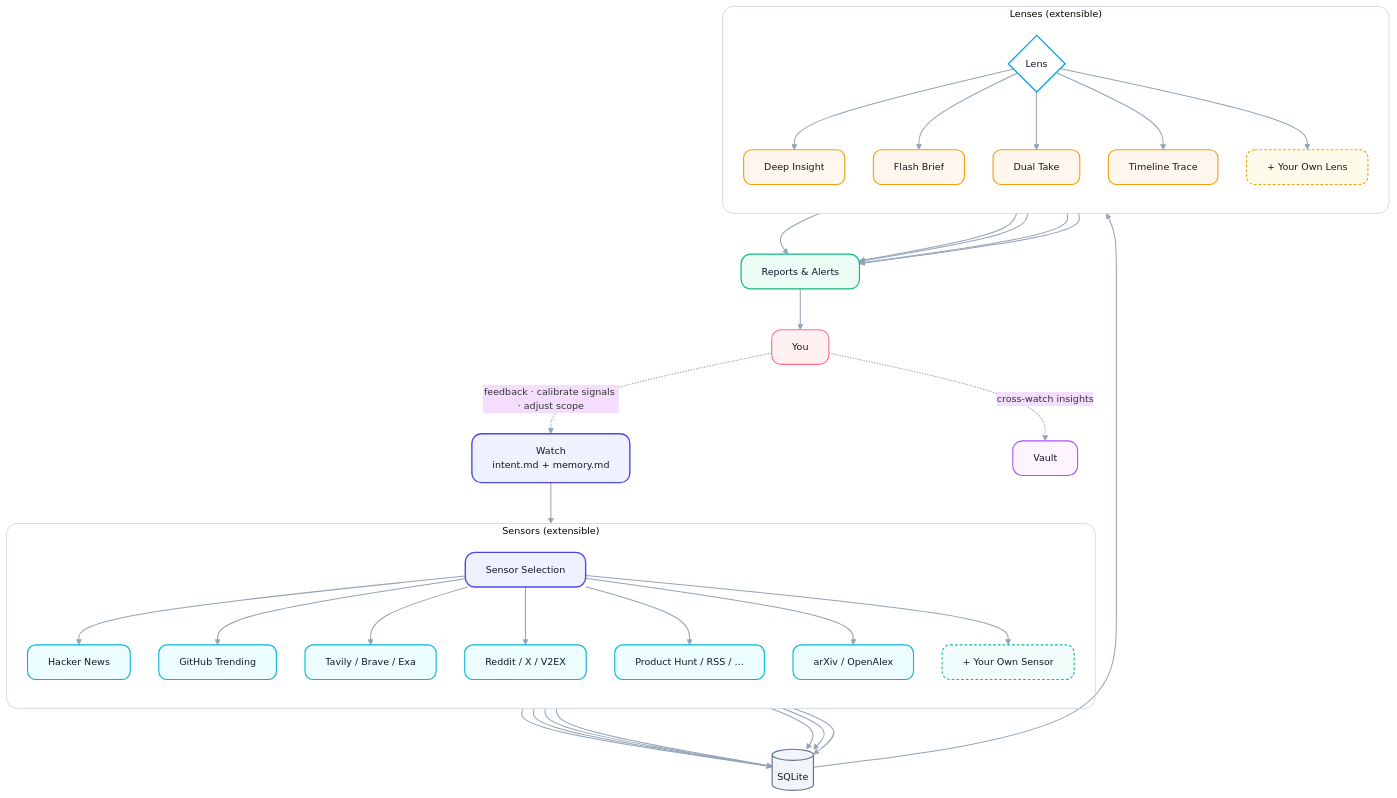
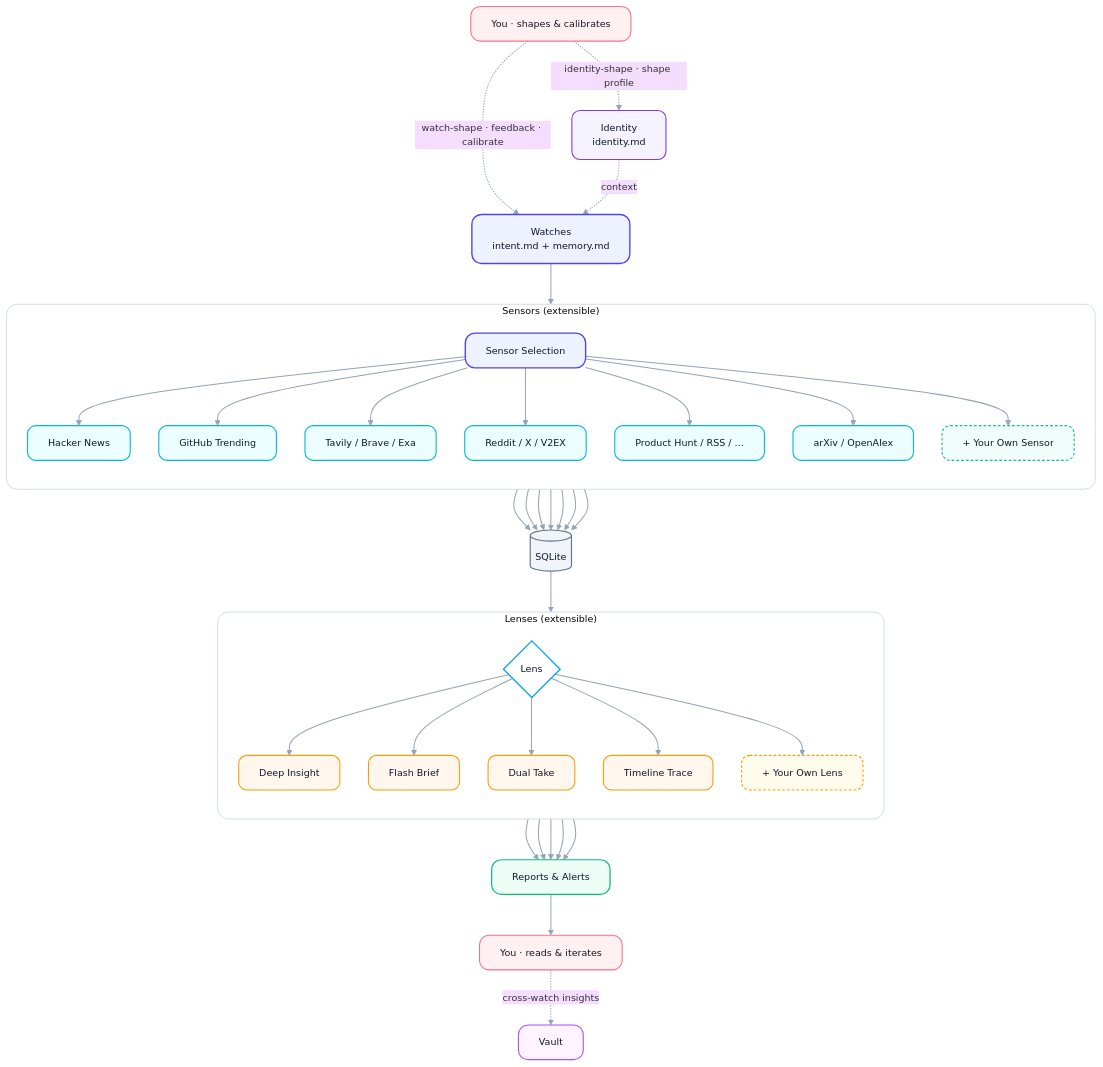
One commit to zhiyuzi/Signex changed the diagram in README.md. Above: the diagram before and after it, drawn with Mermaid. The commit also changed other lines of this file and 9 other files, not shown here.

First line of the commit message:
feat(v6): add identity-shape & watch-shape skills (认知切面塑造能力)

````diff
--- a/README.md
+++ b/README.md
@@ -52,62 +52,67 @@
 ```mermaid
 %%{init: {
   "theme": "base",
   "flowchart": { "curve": "basis", "nodeSpacing": 42, "rankSpacing": 60 },
   "themeVariables": {
     "background": "transparent",
     "mainBkg": "transparent",
     "fontFamily": "ui-sans-serif, system-ui, -apple-system, Segoe UI, Roboto, Helvetica, Arial",
     "fontSize": "14px",
     "lineColor": "#94A3B8",
     "textColor": "#0F172A"
   }
 }}%%
 
 flowchart TB
-  W["Watch<br/>intent.md + memory.md"]:::core --> S["Sensor Selection"]:::core
+  UA["You · shapes & calibrates"]:::actor
+  UA -. "watch-shape · feedback · calibrate" .-> W
+  UA -. "identity-shape · shape profile" .-> ID
+
+  ID["Identity<br/>identity.md"]:::identity -. "context" .-> W
+
+  W["Watches<br/>intent.md + memory.md"]:::core --> S["Sensor Selection"]:::core
 
   subgraph Sensors["Sensors (extensible)"]
     direction TB
     S --> S1["Hacker News"]:::sensor
     S --> S2["GitHub Trending"]:::sensor
     S --> S3["Tavily / Brave / Exa"]:::sensor
     S --> S4["Reddit / X / V2EX"]:::sensor
     S --> S5["Product Hunt / RSS / …"]:::sensor
     S --> S6["arXiv / OpenAlex"]:::sensor
     S --> S7["+ Your Own Sensor"]:::sensorAlt
   end
 
   S1 & S2 & S3 & S4 & S5 & S6 & S7 --> DB[("SQLite")]:::store
   DB --> L{"Lens"}:::decision
 
   subgraph Lenses["Lenses (extensible)"]
     direction TB
     L --> L1["Deep Insight"]:::lens
     L --> L2["Flash Brief"]:::lens
     L --> L3["Dual Take"]:::lens
     L --> L4["Timeline Trace"]:::lens
     L --> L5["+ Your Own Lens"]:::lensAlt
   end
 
   L1 & L2 & L3 & L4 & L5 --> R["Reports & Alerts"]:::out
-  R --> U["You"]:::actor
-
-  U -. "feedback · calibrate signals · adjust scope" .-> W
-  U -. "cross-watch insights" .-> V["Vault"]:::vault
+  R --> UB["You · reads & iterates"]:::actor
+  UB -. "cross-watch insights" .-> V["Vault"]:::vault
 
   classDef core      fill:#EEF2FF,stroke:#4F46E5,stroke-width:2px,color:#0F172A,rx:14,ry:14
+  classDef identity  fill:#F5F3FF,stroke:#7C3AED,stroke-width:1.6px,color:#0F172A,rx:12,ry:12
   classDef sensor    fill:#ECFEFF,stroke:#06B6D4,stroke-width:1.6px,color:#0F172A,rx:12,ry:12
   classDef sensorAlt fill:#F0FDFA,stroke:#14B8A6,stroke-width:1.6px,color:#0F172A,stroke-dasharray:4 3,rx:12,ry:12
   classDef store     fill:#F1F5F9,stroke:#64748B,stroke-width:1.7px,color:#0F172A,rx:14,ry:14
   classDef decision  fill:#FFFFFF,stroke:#0EA5E9,stroke-width:2px,color:#0F172A,rx:18,ry:18
   classDef lens      fill:#FFF7ED,stroke:#F59E0B,stroke-width:1.6px,color:#0F172A,rx:12,ry:12
   classDef lensAlt   fill:#FFFBEB,stroke:#F59E0B,stroke-width:1.6px,color:#0F172A,stroke-dasharray:4 3,rx:12,ry:12
   classDef out       fill:#ECFDF5,stroke:#10B981,stroke-width:1.8px,color:#0F172A,rx:14,ry:14
   classDef vault     fill:#FDF4FF,stroke:#A855F7,stroke-width:1.6px,color:#0F172A,rx:14,ry:14
   classDef actor     fill:#FFF1F2,stroke:#FB7185,stroke-width:1.6px,color:#0F172A,rx:14,ry:14
 
   style Sensors fill:transparent,stroke:#CBD5E1,stroke-width:1.2px,rx:16,ry:16
   style Lenses  fill:transparent,stroke:#CBD5E1,stroke-width:1.2px,rx:16,ry:16
 
   linkStyle default stroke:#94A3B8,stroke-width:1.5px
 ```
````
